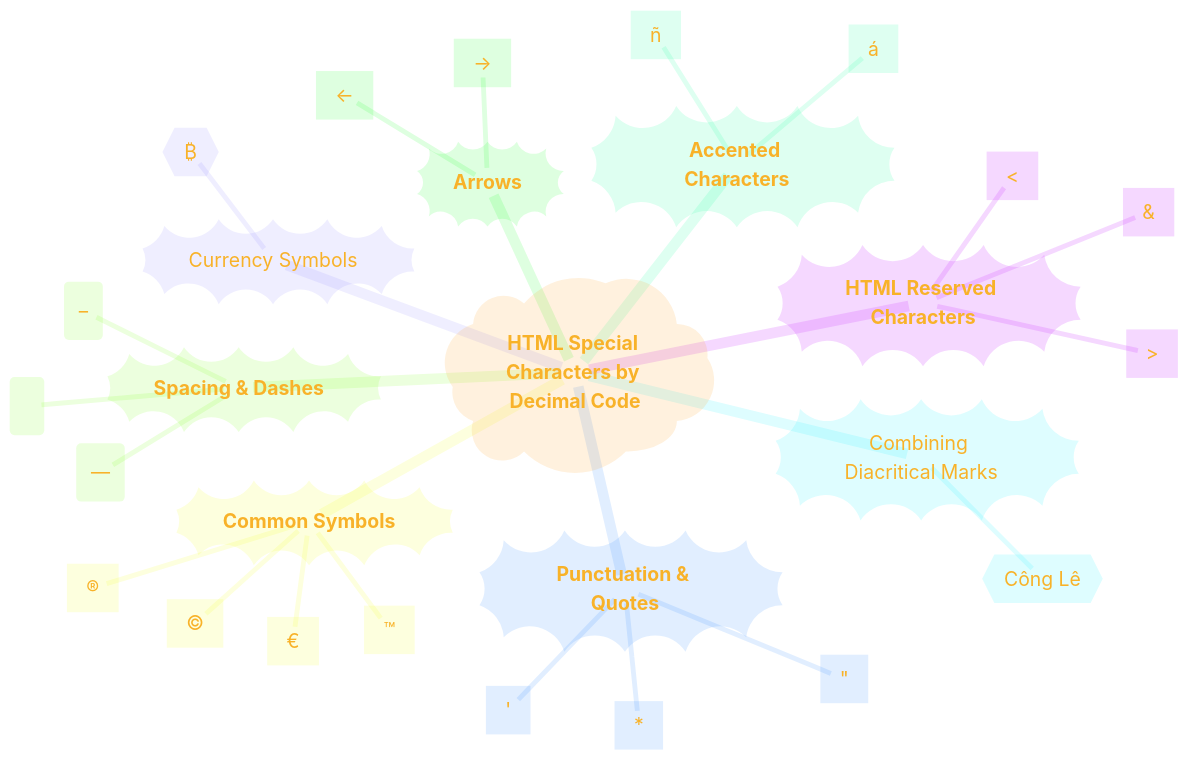
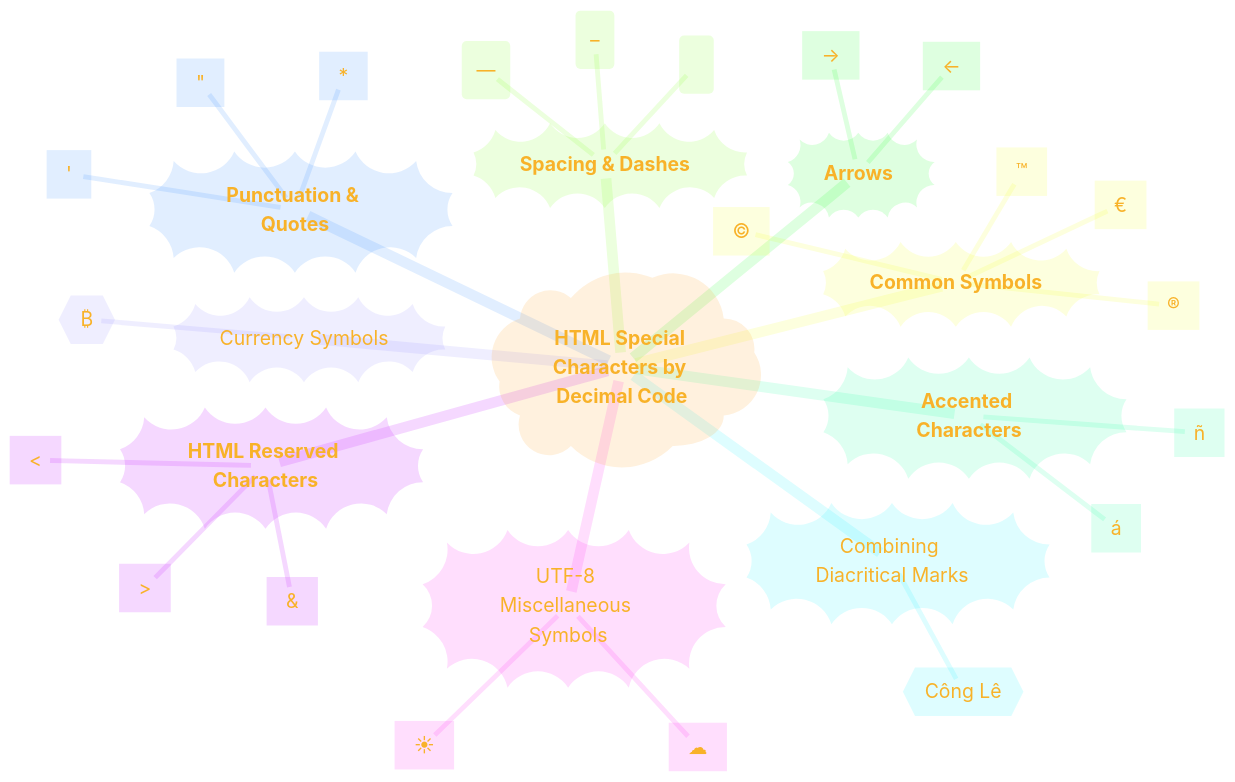
One commit to CongLeSolutionX/MY_GRAPHIC_ASSETS changed the fifth of 6 diagrams in Designing_Graphic_Syntax/HTML_Entity_Number_in_decimal_representation_inside_Mermaid_diagrams.md. Above: the diagram before and after it, drawn with Mermaid.

Commit message:
update note

````diff
--- a/Designing_Graphic_Syntax/HTML_Entity_Number_in_decimal_representation_inside_Mermaid_diagrams.md
+++ b/Designing_Graphic_Syntax/HTML_Entity_Number_in_decimal_representation_inside_Mermaid_diagrams.md
@@ -299,61 +299,64 @@
 ```mermaid
 ---
 title: "HTML Entity Number Rendered inside a Mermaid Mind Map"
 author: "Cong Le"
 version: "1.0"
 license(s): "MIT, CC BY-SA 4.0"
 copyright: "Copyright © 2025 Cong Le. All Rights Reserved."
 config:
   theme: base
 ---
 %%%%%%%% Mermaid version v11.4.1-b.14
 %%{
   init: {
     'fontFamily': 'Fantasy',
     'logLevel': 'fatal',
     'mindmap': {
 	    'nodeAlign': 'center',
 	    'padding': 10
     },
     'themeVariables': {
       'primaryColor': '#FC82',
       'primaryTextColor': '#F8B229',
       'primaryBorderColor': '#27AE60',
       'secondaryColor': '#EBF3',
       'secondaryTextColor': '#6C3483',
       'secondaryBorderColor': '#A569BD',
       'fontSize': '20px'
     }
   }
 }%%
 mindmap
   root)"**HTML Special Characters by Decimal Code**"(
     HTML_Reserved_Characters))"**HTML Reserved Characters**"((
         Symbol_1["`#60;`"] %% < %% Less than sign
         Symbol_2["`#62;`"] %% > %% Greater than sign
         Symbol_3["`#38;`"] %% & %% Ampersand
     Punctuation_and_Quotes))"**Punctuation & Quotes**"((
         Symbol_1["`#34;`"] %% " %% Double quotation mark
         Symbol_2["`#39;`"] %% ' %% Single quotation mark
         Symbol_3["`#42;`"] %% * %% Asterisk symbol
     Common_Symbols))"**Common Symbols**"((
         Symbol_1["`#169;`"] %% © %% Copyright Symbol
         Symbol_2["`#174;`"] %% ® %% Registered Symbol
         Symbol_3["`#8482;`"] %% ™ %% Trademark Symbol
         Symbol_4["`#8364;`"] %% € %% Euro Symbol
     Spacing_and_Dashes))"**Spacing & Dashes**"((
         Symbol_1("`#160;`") %% Non-Breaking Space
         Symbol_2("`#8211;`") %% En Dash
         Symbol_3("`#8212;`") %% Em Dash
     Arrows))"**Arrows**"((
         Symbol_1["`#8592;`"] %% ← %% Left Arrow
         Symbol_2["`#8594;`"] %% → %% Right Arrow
     Accented_Characters))"**Accented Characters**"((
         Symbol_1["`#225;`"] %% á
         Symbol_2["`#241;`"] %% ñ
     Combining_Diacritical_Marks))"Combining Diacritical Marks"((
         Character_1{{"`Co#770;ng Le#770;`"}} %% Công Lê
     Currency_Symbols))"Currency Symbols"((
-      Character_1{{"`#8383;`"}} %% ₿ %% Bitcoin Sign
+        Character_1{{"`#8383;`"}} %% ₿ %% Bitcoin Sign
+    UTF_8_Miscellaneous_Symbols))"UTF-8 Miscellaneous Symbols"((
+        Symbol_1["`#9728;`"] %% ☀ %% BLACK SUN WITH RAYS
+        Symbol_2["`#9729;`"] %% ☁ %% CLOUD
 
 ```
````
